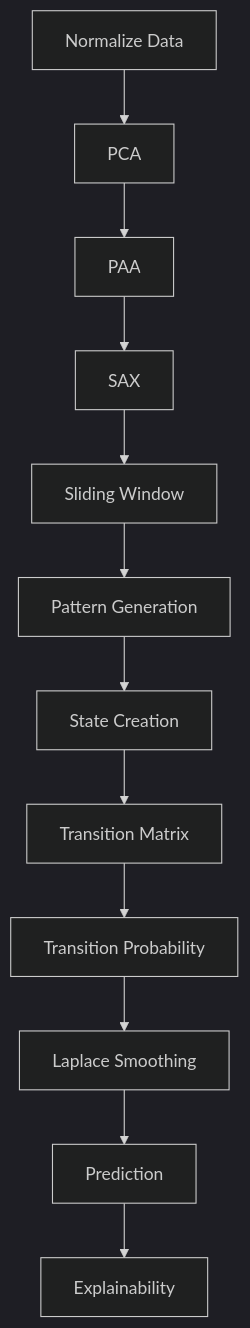
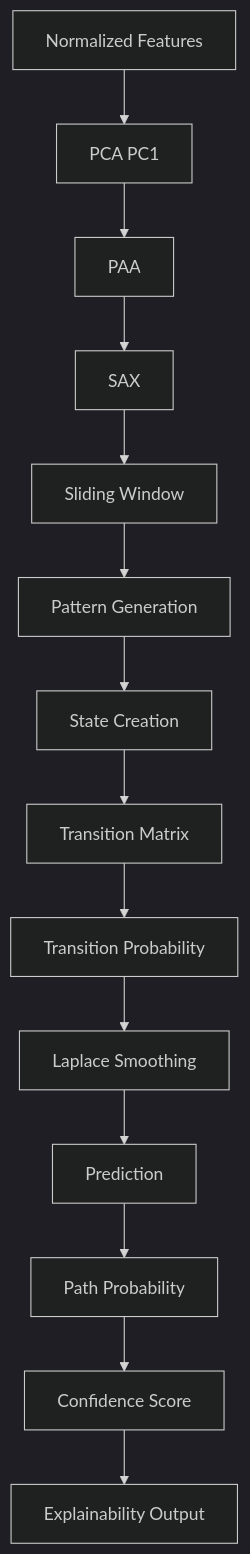
Before and after one commit to senaycengiz/yazlab2-aciklanabilir-zaman-serisi-analizi: the first of 3 diagrams in README.md, drawn with Mermaid (dark theme). The commit also changed other lines of this file, not shown here.

````diff
--- a/README.md
+++ b/README.md
@@ -278,20 +431,24 @@
 ```mermaid
 flowchart TD
 
-A[Normalize Data]
---> B[PCA]
+A[Normalized Features]
+--> B[PCA PC1]
 
 B --> C[PAA]
 C --> D[SAX]
 D --> E[Sliding Window]
 
 E --> F[Pattern Generation]
 F --> G[State Creation]
+
 G --> H[Transition Matrix]
+H --> I[Transition Probability]
 
-H --> I[Transition Probability]
 I --> J[Laplace Smoothing]
+J --> K[Prediction]
 
-J --> K[Prediction]
-K --> L[Explainability]
+K --> L[Path Probability]
+L --> M[Confidence Score]
+
+M --> N[Explainability Output]
 ```
````
